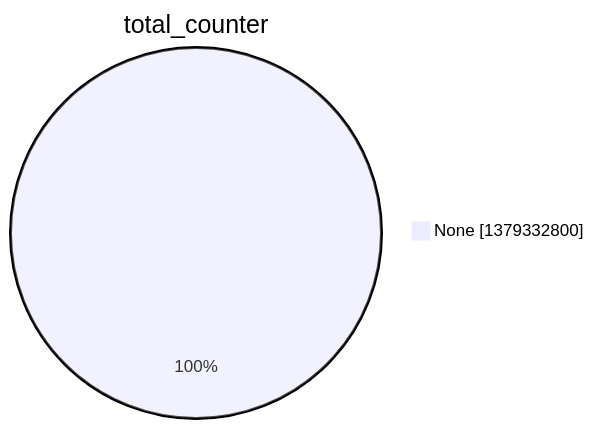
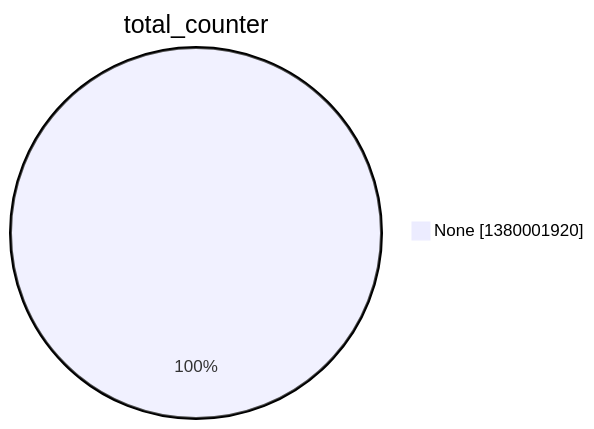
One commit to christiankrug/ctmonitor_visualization changed the second of 15 diagrams in argon2022/README.md. Above: the diagram before and after it, drawn with Mermaid. The commit also changed other lines of this file, not shown here.

````diff
--- a/argon2022/README.md
+++ b/argon2022/README.md
@@ -9,5 +9,5 @@
 ```mermaid
 pie showData
 title total_counter
-"None" :1379332800
+"None" :1380001920
 ```
````
